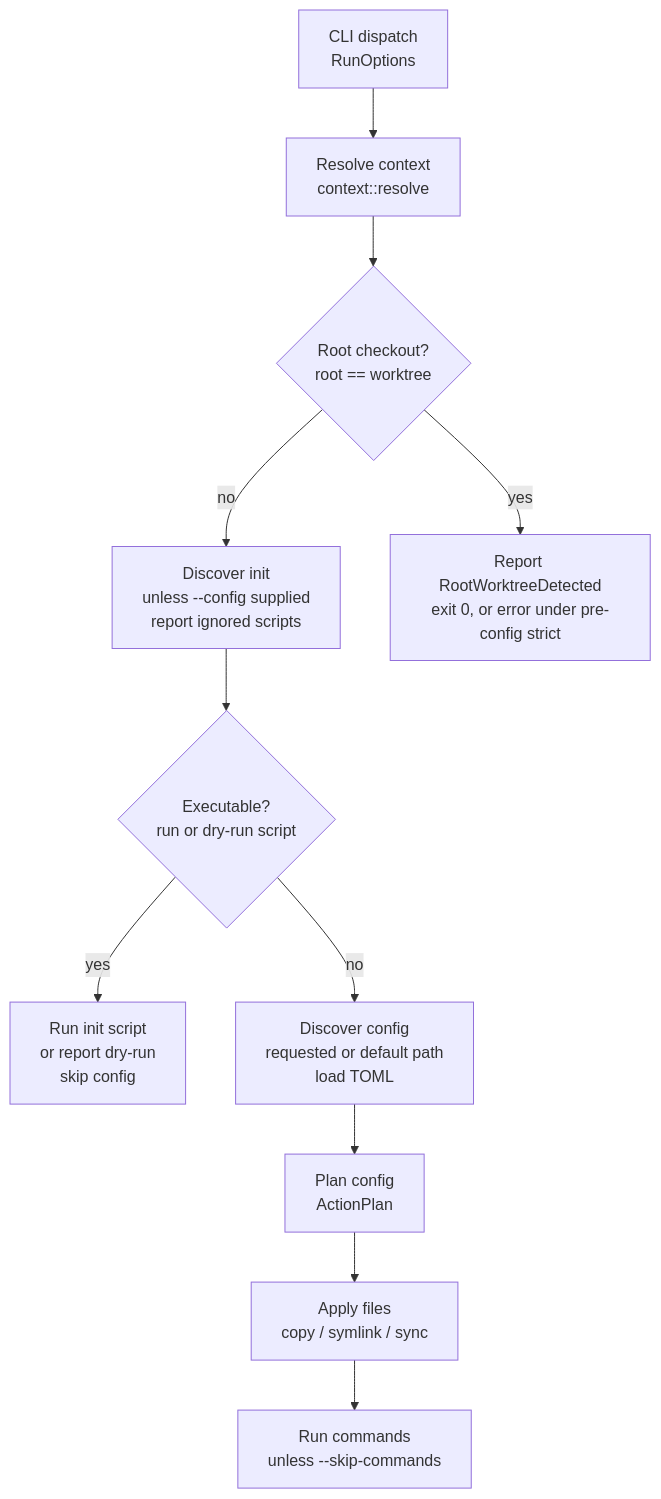
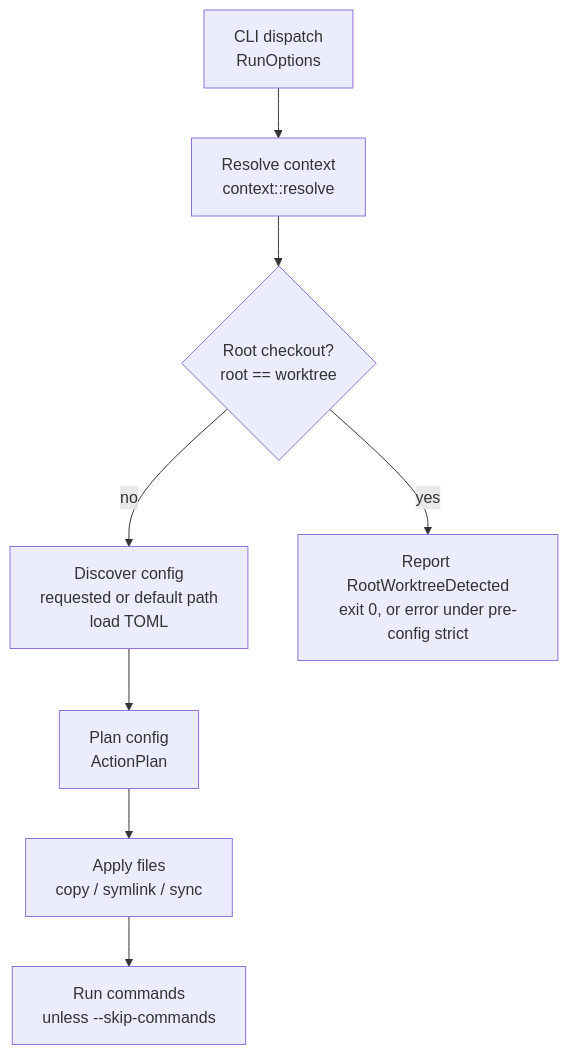
Before and after one commit to jimeh/treeboot: the third of 5 diagrams in docs/ARCHITECTURE.md, drawn with Mermaid. The commit also changed other lines of this file and 33 other files, not shown here.

````diff
--- a/docs/ARCHITECTURE.md
+++ b/docs/ARCHITECTURE.md
@@ -137,13 +134,10 @@
 ```mermaid
 flowchart TD
   CLI["CLI dispatch<br/>RunOptions"] --> CTX["Resolve context<br/>context::resolve"]
   CTX --> ROOT{"Root checkout?<br/>root == worktree"}
-  ROOT -->|no| INIT["Discover init<br/>unless --config supplied<br/>report ignored scripts"]
+  ROOT -->|no| CONFIG["Discover config<br/>requested or default path<br/>load TOML"]
   ROOT -->|yes| DONE["Report RootWorktreeDetected<br/>exit 0, or error under pre-config strict"]
-  INIT --> EXEC{"Executable?<br/>run or dry-run script"}
-  EXEC -->|yes| SCRIPT["Run init script<br/>or report dry-run<br/>skip config"]
-  EXEC -->|no| CONFIG["Discover config<br/>requested or default path<br/>load TOML"]
   CONFIG --> PLAN["Plan config<br/>ActionPlan"]
   PLAN --> FILES["Apply files<br/>copy / symlink / sync"]
   FILES --> CMDS["Run commands<br/>unless --skip-commands"]
 ```
````
